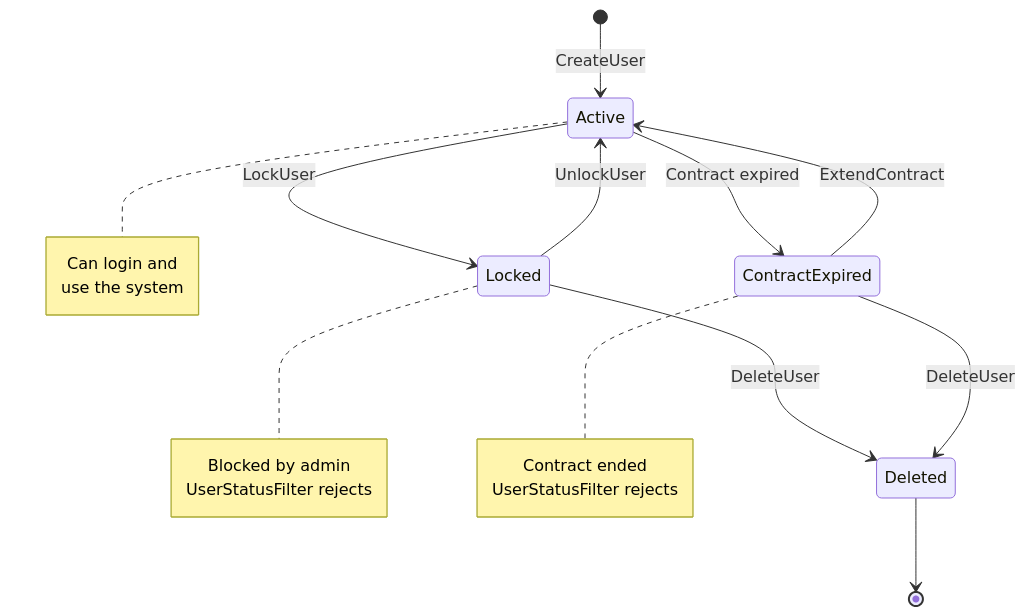
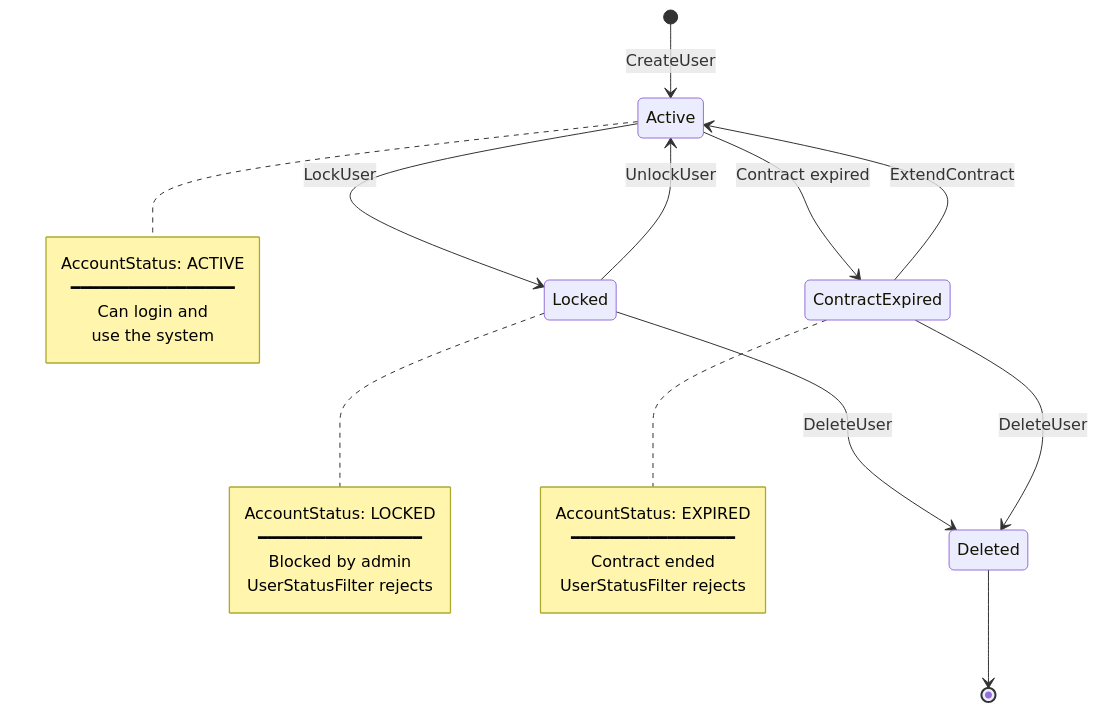
Before and after one commit to Dagz2/beeboard-api: the eighth of 16 diagrams in documentation/security-architecture.md, drawn with Mermaid. The commit also changed other lines of this file and 119 other files, not shown here.

````diff
--- a/documentation/security-architecture.md
+++ b/documentation/security-architecture.md
@@ -324,30 +399,36 @@
 ```mermaid
 stateDiagram-v2
     [*] --> Active: CreateUser
 
     Active --> Locked: LockUser
     Locked --> Active: UnlockUser
 
     Active --> ContractExpired: Contract expired
     ContractExpired --> Active: ExtendContract
 
     Locked --> Deleted: DeleteUser
     ContractExpired --> Deleted: DeleteUser
 
     Deleted --> [*]
 
     note right of Active
+        AccountStatus: ACTIVE
+        ━━━━━━━━━━━━━━━━━
         Can login and
         use the system
     end note
 
     note right of Locked
+        AccountStatus: LOCKED
+        ━━━━━━━━━━━━━━━━━
         Blocked by admin
         UserStatusFilter rejects
     end note
 
     note right of ContractExpired
+        AccountStatus: EXPIRED
+        ━━━━━━━━━━━━━━━━━
         Contract ended
         UserStatusFilter rejects
     end note
 ```
````
